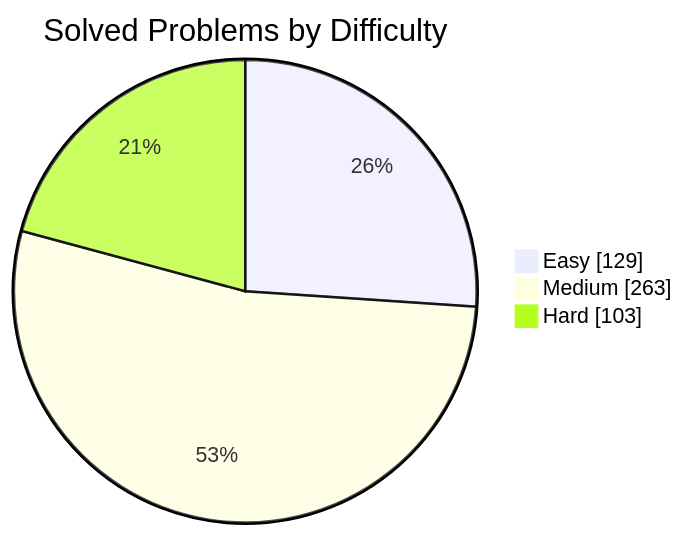
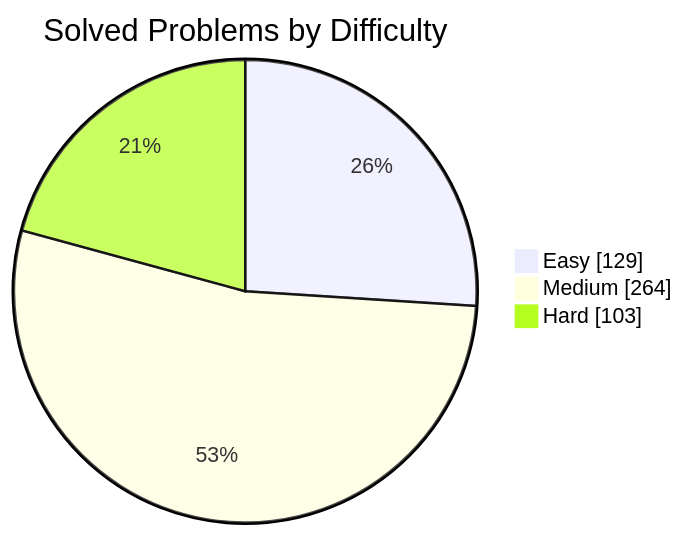
Before and after one commit to manikantbindass/DSA-Preparation-FAANG: the first of 2 diagrams in README.md, drawn with Mermaid. The commit also changed other lines of this file and 1 other file, not shown here.

````diff
--- a/README.md
+++ b/README.md
@@ -77,7 +77,7 @@
 ```mermaid
 pie showData
     title Solved Problems by Difficulty
     "Easy" : 129
-    "Medium" : 263
+    "Medium" : 264
     "Hard" : 103
 ```
````
